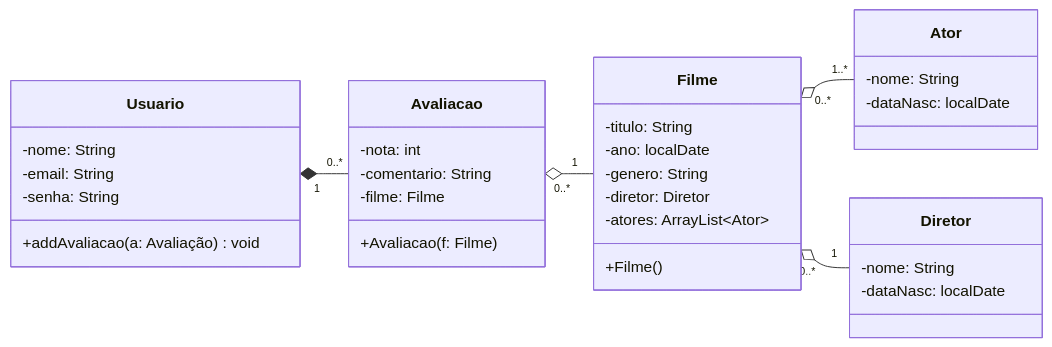
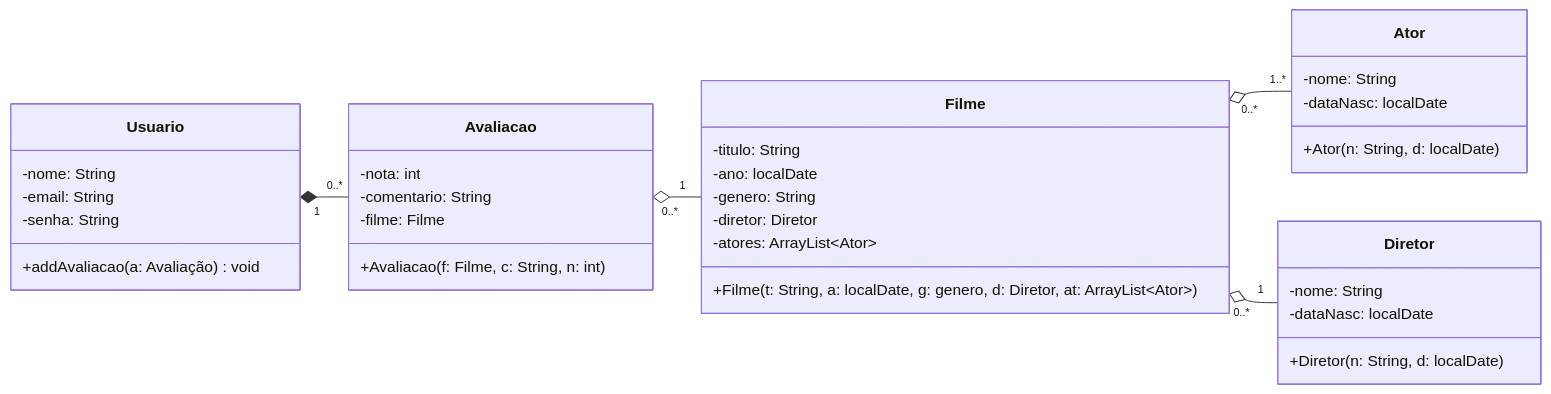
One commit to lololibc/POO changed the diagram in lab-04/src/main/java/poo/AvaliaçãoFilme/Readme.md. Above: the diagram before and after it, drawn with Mermaid. The commit also changed 3 other files, not shown here.

Commit message:
diagrama de classes - GestaoFrotas

````diff
--- a/lab-04/src/main/java/poo/AvaliaçãoFilme/Readme.md
+++ b/lab-04/src/main/java/poo/AvaliaçãoFilme/Readme.md
@@ -3,42 +3,44 @@
 ```mermaid
 classDiagram
     direction LR
     
     Usuario"1" *-- "0..*" Avaliacao
     Avaliacao "0..*" o-- "1" Filme
     Filme "0..*" o-- "1..*" Ator
     Filme "0..*" o-- "1" Diretor
 
     class Usuario{
         -nome: String
         -email: String
         -senha: String
         +addAvaliacao(a: Avaliação)void
     }
     
     class Avaliacao{
         -nota: int
         -comentario: String
         -filme: Filme
-        +Avaliacao(f: Filme)
+        +Avaliacao(f: Filme, c: String, n: int)
     }
     
     class Filme{
         -titulo: String
         -ano: localDate
         -genero: String
         -diretor: Diretor
         -atores: ArrayList~Ator~
-        +Filme()
+        +Filme(t: String, a: localDate, g: genero, d: Diretor, at: ArrayList~Ator~)
     }
     class Diretor{
         -nome: String
         -dataNasc: localDate
+        +Diretor(n: String, d: localDate)
     }  
     
     class Ator{
         -nome: String
         -dataNasc: localDate
+        +Ator(n: String, d: localDate)
     }
 
 ```
````
